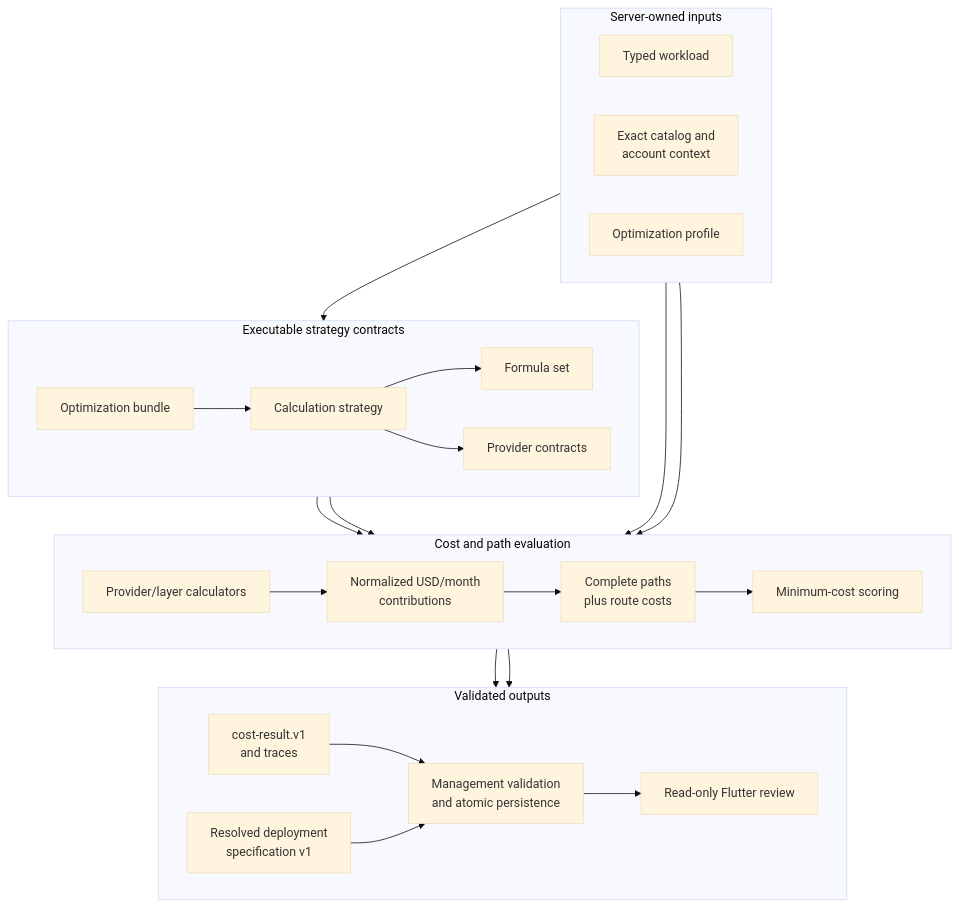
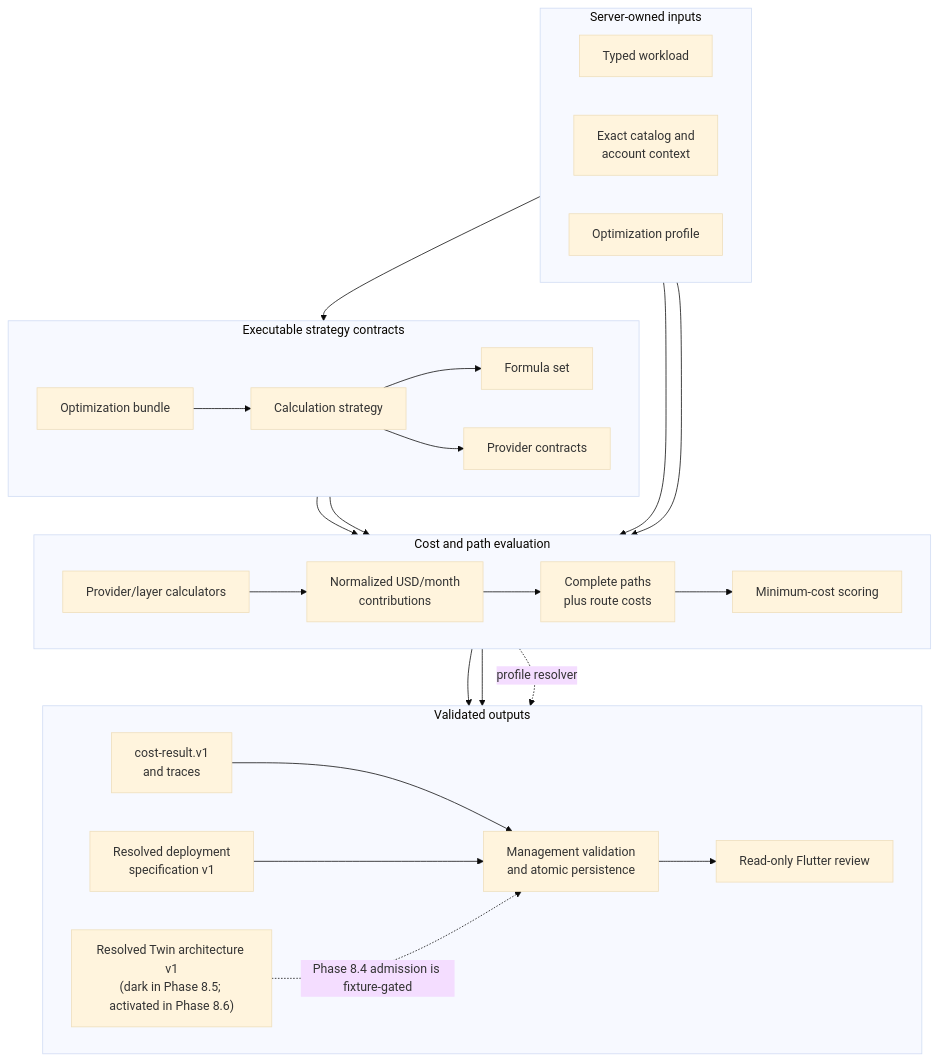
One commit to TVJunkie724/master-thesis changed the third of 4 diagrams in docs-site/docs/contracts-and-data-flow/pricing-optimization.md. Above: the diagram before and after it, drawn with Mermaid (base theme). The commit also changed other lines of this file and 54 other files, not shown here.

First line of the commit message:
feat(management): persist resolved twin architectures

````diff
--- a/docs-site/docs/contracts-and-data-flow/pricing-optimization.md
+++ b/docs-site/docs/contracts-and-data-flow/pricing-optimization.md
@@ -54,40 +54,43 @@
 ```mermaid
 flowchart TD
     subgraph Inputs["Server-owned inputs"]
         direction LR
         Workload["Typed workload"]
         Context["Exact catalog and<br/>account context"]
         Profile["Optimization profile"]
     end
 
     subgraph Contracts["Executable strategy contracts"]
         direction LR
         Bundle["Optimization bundle"] --> Strategy["Calculation strategy"]
         Strategy --> FormulaSet["Formula set"]
         Strategy --> ProviderContracts["Provider contracts"]
     end
 
     subgraph Evaluation["Cost and path evaluation"]
         direction LR
         Calculators["Provider/layer calculators"] --> Contributions["Normalized USD/month<br/>contributions"]
         Contributions --> Paths["Complete paths<br/>plus route costs"] --> Scoring["Minimum-cost scoring"]
     end
 
     subgraph Outputs["Validated outputs"]
         direction LR
         Result["cost-result.v1<br/>and traces"]
         Specification["Resolved deployment<br/>specification v1"]
+        Architecture["Resolved Twin architecture v1<br/>(dark in Phase 8.5; activated in Phase 8.6)"]
         Management["Management validation<br/>and atomic persistence"]
         Flutter["Read-only Flutter review"]
     end
 
     Profile --> Bundle
     Workload --> Calculators
     Context --> Calculators
     FormulaSet --> Calculators
     ProviderContracts --> Calculators
     Scoring --> Result
     Scoring --> Specification
+    Scoring -. "profile resolver" .-> Architecture
     Result --> Management
     Specification --> Management --> Flutter
+    Architecture -. "Phase 8.4 admission is fixture-gated" .-> Management
 ```
````
